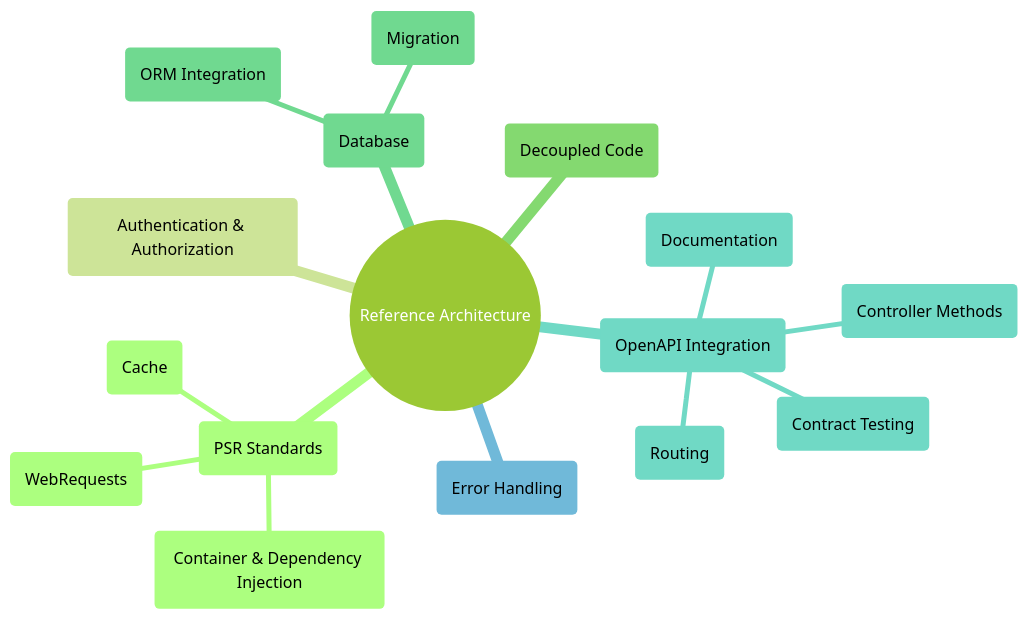
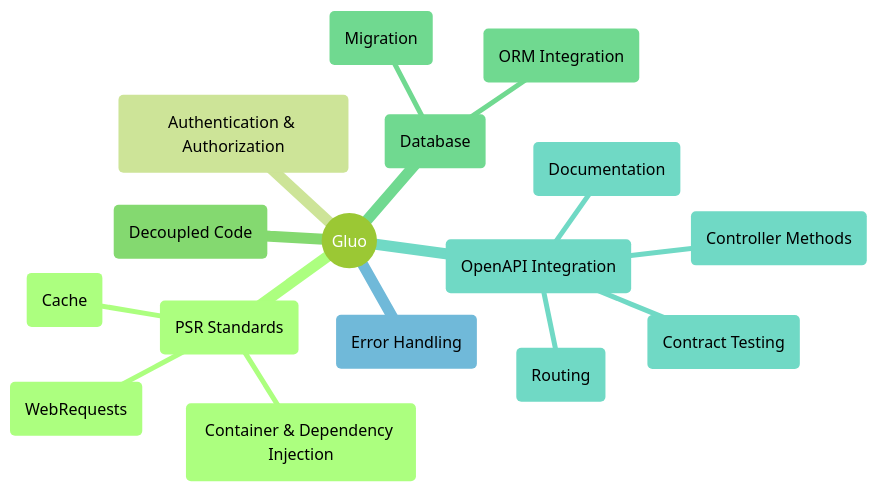
Before and after one commit to byjg/php-rest-reference-architecture: the diagram in README.md, drawn with Mermaid (forest theme). The commit also changed other lines of this file, not shown here.

First line of the commit message:
Update README to the Gluo brand and split reality

````diff
--- a/README.md
+++ b/README.md
@@ -39,19 +42,19 @@
 ```mermaid
 mindmap
-  (("Reference Architecture"))
+  (("Gluo"))
     ("PSR Standards")
       ("WebRequests")
       ("Container & Dependency Injection")
       ("Cache")
     ("Authentication & Authorization")
     ("Decoupled Code")
     ("Database")
       ("ORM Integration")
       ("Migration")
     ("OpenAPI Integration")
       ("Routing")
       ("Controller Methods")
       ("Contract Testing")
       ("Documentation")
     ("Error Handling")
 ```
````
